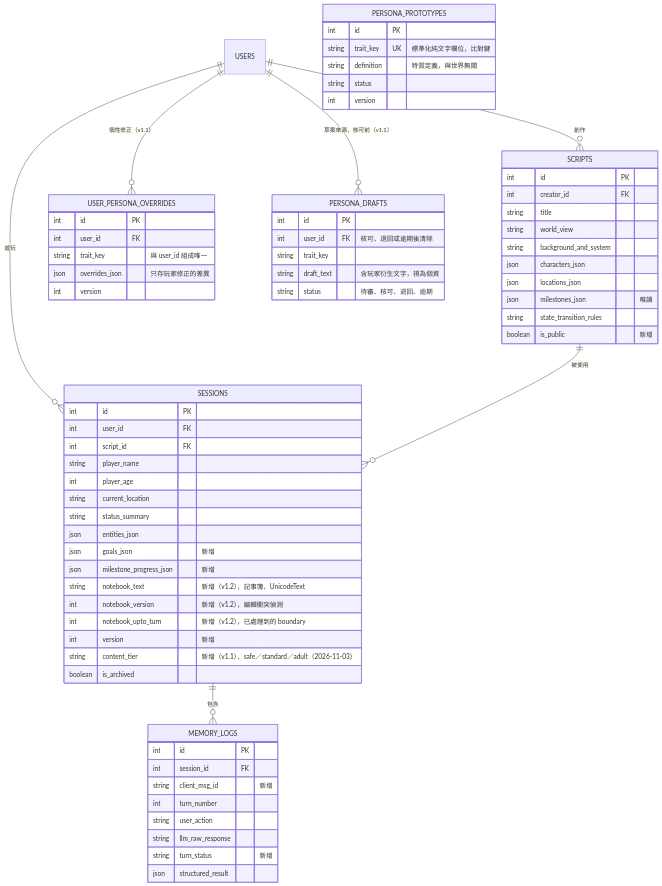
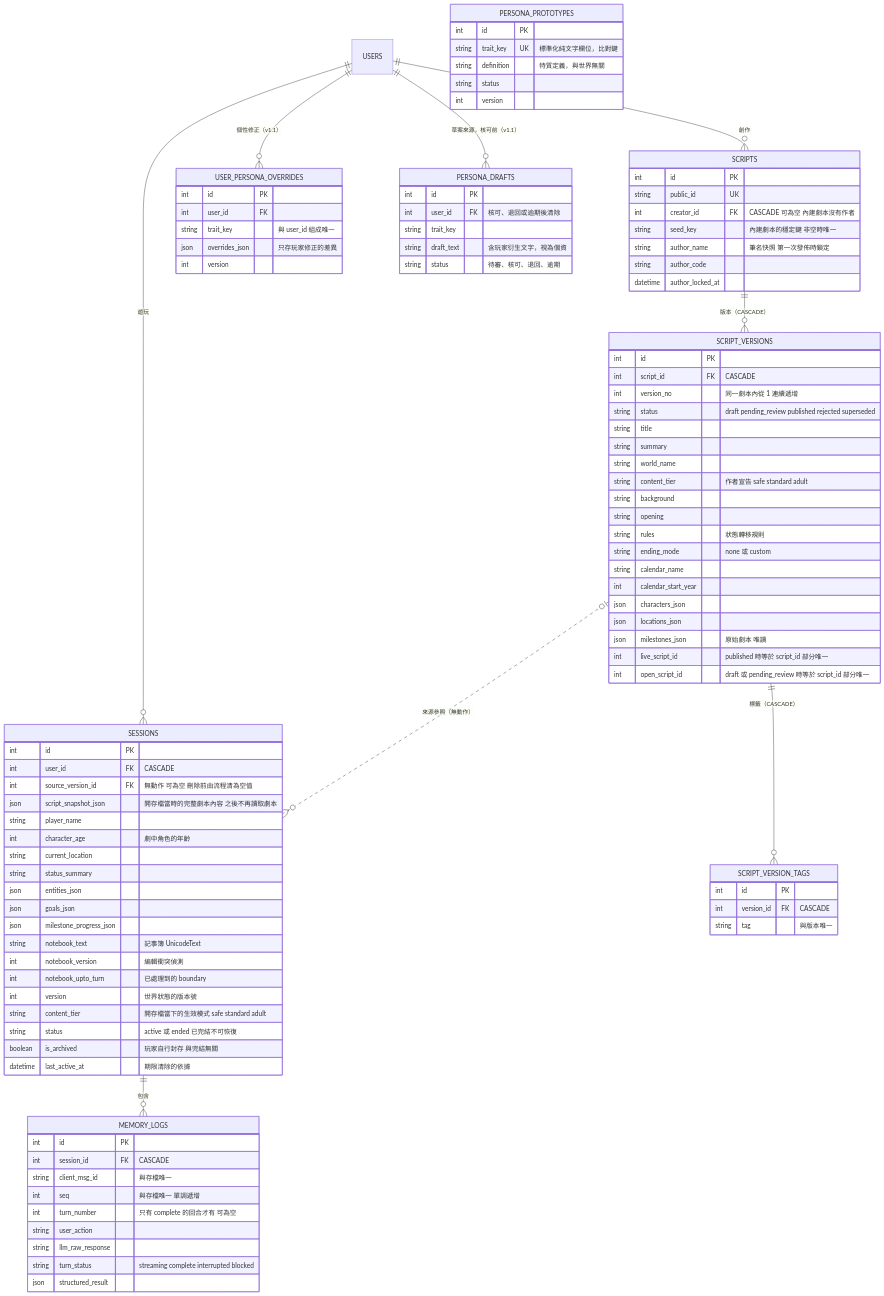
One commit to pp466pp466/R.A.C changed the second of 10 diagrams in docs/RPG.md. Above: the diagram before and after it, drawn with Mermaid. The commit also changed other lines of this file and 74 other files, not shown here.

```diff
--- a/docs/RPG.md
+++ b/docs/RPG.md
@@ -81,49 +81,78 @@
 erDiagram
     USERS ||--o{ SCRIPTS : "創作"
     USERS ||--o{ SESSIONS : "遊玩"
-    SCRIPTS ||--o{ SESSIONS : "被使用"
+    SCRIPTS ||--o{ SCRIPT_VERSIONS : "版本（CASCADE）"
+    SCRIPT_VERSIONS ||--o{ SCRIPT_VERSION_TAGS : "標籤（CASCADE）"
+    SCRIPT_VERSIONS |o..o{ SESSIONS : "來源參照（無動作）"
     SESSIONS ||--o{ MEMORY_LOGS : "包含"
     USERS ||--o{ USER_PERSONA_OVERRIDES : "個性修正（v1.1）"
     USERS ||--o{ PERSONA_DRAFTS : "草案來源，核可前（v1.1）"
 
     SCRIPTS {
         int id PK
-        int creator_id FK
+        string public_id UK
+        int creator_id FK "CASCADE 可為空 內建劇本沒有作者"
+        string seed_key "內建劇本的穩定鍵 非空時唯一"
+        string author_name "筆名快照 第一次發佈時鎖定"
+        string author_code
+        datetime author_locked_at
+    }
+    SCRIPT_VERSIONS {
+        int id PK
+        int script_id FK "CASCADE"
+        int version_no "同一劇本內從 1 連續遞增"
+        string status "draft pending_review published rejected superseded"
         string title
-        string world_view
-        string background_and_system
+        string summary
+        string world_name
+        string content_tier "作者宣告 safe standard adult"
+        string background
+        string opening
+        string rules "狀態轉移規則"
+        string ending_mode "none 或 custom"
+        string calendar_name
+        int calendar_start_year
         json characters_json
         json locations_json
-        json milestones_json "唯讀"
-        string state_transition_rules
-        boolean is_public "新增"
+        json milestones_json "原始劇本 唯讀"
+        int live_script_id "published 時等於 script_id 部分唯一"
+        int open_script_id "draft 或 pending_review 時等於 script_id 部分唯一"
+    }
+    SCRIPT_VERSION_TAGS {
+        int id PK
+        int version_id FK "CASCADE"
+        string tag "與版本唯一"
     }
     SESSIONS {
         int id PK
-        int user_id FK
-        int script_id FK
+        int user_id FK "CASCADE"
+        int source_version_id FK "無動作 可為空 刪除前由流程清為空值"
+        json script_snapshot_json "開存檔當時的完整劇本內容 之後不再讀取劇本"
         string player_name
-        int player_age
+        int character_age "劇中角色的年齡"
         string current_location
         string status_summary
         json entities_json
-        json goals_json "新增"
-        json milestone_progress_json "新增"
-        string notebook_text "新增（v1.2），記事簿，UnicodeText"
-        int notebook_version "新增（v1.2），編輯衝突偵測"
-        int notebook_upto_turn "新增（v1.2），已處理到的 boundary"
-        int version "新增"
-        string content_tier "新增（v1.1），safe／standard／adult（2026-11-03）"
-        boolean is_archived
+        json goals_json
+        json milestone_progress_json
+        string notebook_text "記事簿 UnicodeText"
+        int notebook_version "編輯衝突偵測"
+        int notebook_upto_turn "已處理到的 boundary"
+        int version "世界狀態的版本號"
+        string content_tier "開存檔當下的生效模式 safe standard adult"
+        string status "active 或 ended 已完結不可恢復"
+        boolean is_archived "玩家自行封存 與完結無關"
+        datetime last_active_at "期限清除的依據"
     }
     MEMORY_LOGS {
         int id PK
-        int session_id FK
-        string client_msg_id "新增"
-        int turn_number
+        int session_id FK "CASCADE"
+        string client_msg_id "與存檔唯一"
+        int seq "與存檔唯一 單調遞增"
+        int turn_number "只有 complete 的回合才有 可為空"
         string user_action
         string llm_raw_response
-        string turn_status "新增"
+        string turn_status "streaming complete interrupted blocked"
         json structured_result
     }
     PERSONA_PROTOTYPES {
```
